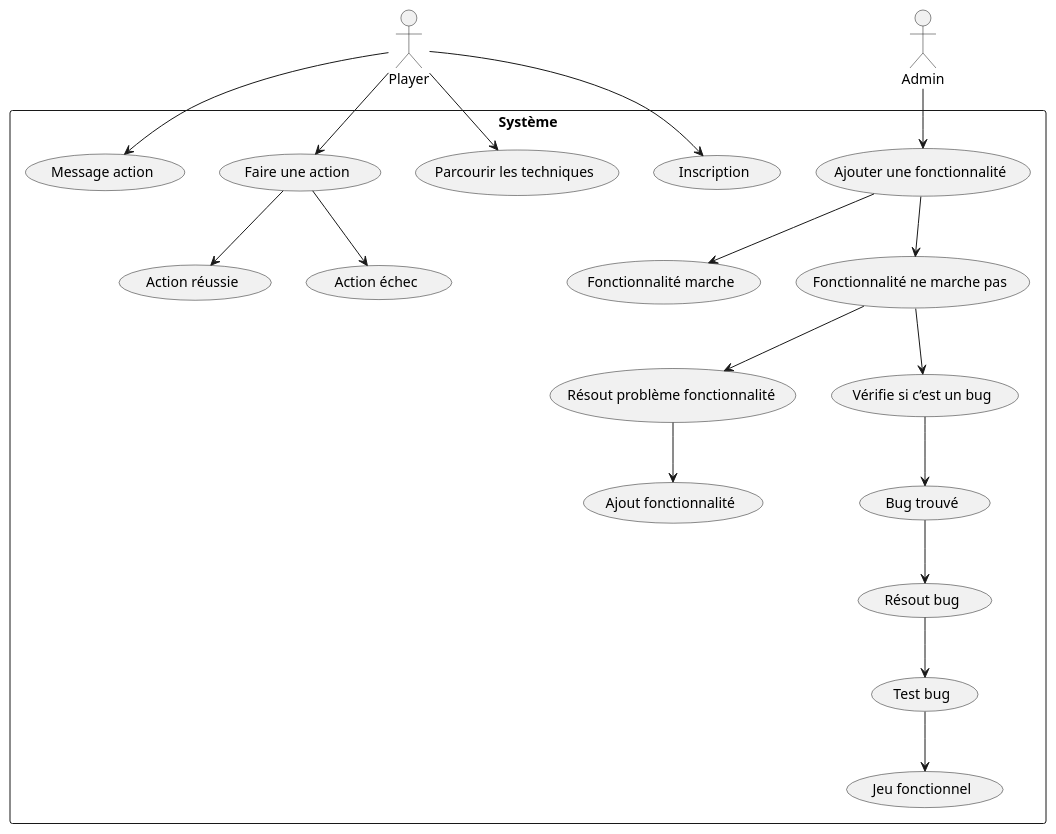
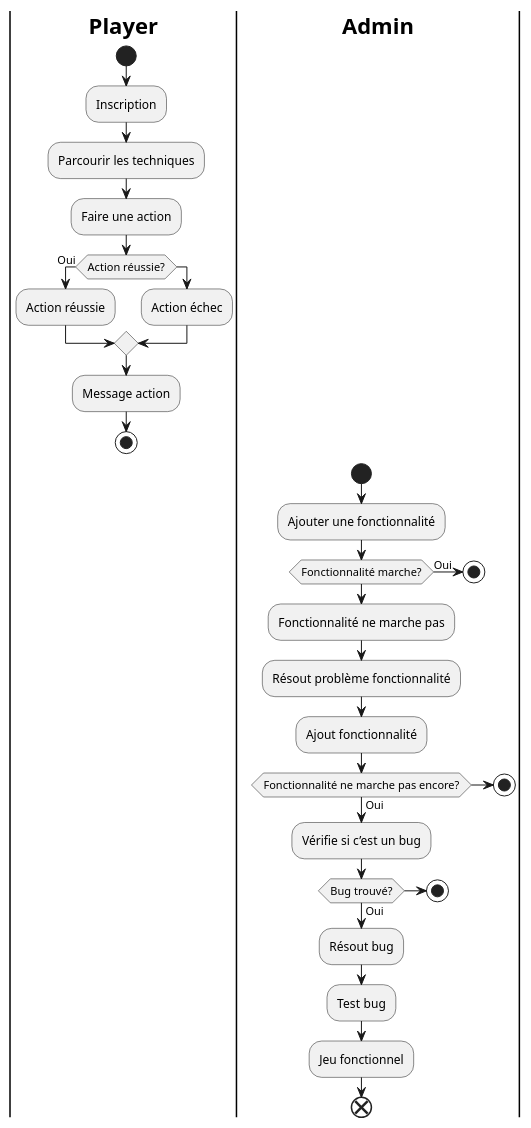
One commit to samirb80440/StagecdagoblandV2 changed the diagram in Uml/diagramme _sequence_gobland.puml. Above: the diagram before and after it, drawn with PlantUML. The commit also changed 4 other files, not shown here.

Commit message:
correction diagramme séquence et ajout diagramme activité a modifier

```diff
--- a/Uml/diagramme _sequence_gobland.puml
+++ b/Uml/diagramme _sequence_gobland.puml
@@ -1,29 +1,42 @@
-@startuml Utilisation
+@startuml sequence
+|= Player |
+start
+:Inscription;
+:Parcourir les techniques;
+:Faire une action;
 
-actor Player
-actor Admin
+if (Action réussie?) then (Oui)
+  :Action réussie;
+else
+  :Action échec;
+endif
+:Message action;
+stop
 
-rectangle "Système" {
-  
-  ' Cas d'utilisation Player
-  Player --> (Inscription)
-  Player --> (Parcourir les techniques)
-  Player --> (Faire une action)
-  (Faire une action) --> (Action réussie)
-  (Faire une action) --> (Action échec)
-  Player --> (Message action)
-  
-  ' Cas d'utilisation Admin
-  Admin --> (Ajouter une fonctionnalité)
-  (Ajouter une fonctionnalité) --> (Fonctionnalité marche)
-  (Ajouter une fonctionnalité) --> (Fonctionnalité ne marche pas)
-  (Fonctionnalité ne marche pas) --> (Résout problème fonctionnalité)
-  (Résout problème fonctionnalité) --> (Ajout fonctionnalité)
-  (Fonctionnalité ne marche pas) --> (Vérifie si c’est un bug)
-  (Vérifie si c’est un bug) --> (Bug trouvé)
-  (Bug trouvé) --> (Résout bug)
-  (Résout bug) --> (Test bug)
-  (Test bug) --> (Jeu fonctionnel)
-}
+|= Admin |
+start
+:Ajouter une fonctionnalité;
 
+if (Fonctionnalité marche?) then (Oui)
+  stop
+else
+  :Fonctionnalité ne marche pas;
+  :Résout problème fonctionnalité;
+  :Ajout fonctionnalité;
+
+  if (Fonctionnalité ne marche pas encore?) then (Oui)
+    :Vérifie si c’est un bug;
+
+    if (Bug trouvé?) then (Oui)
+      :Résout bug;
+      :Test bug;
+      :Jeu fonctionnel;
+    else
+      stop
+    endif
+  else
+    stop
+  endif
+endif
+end
 @enduml
```
